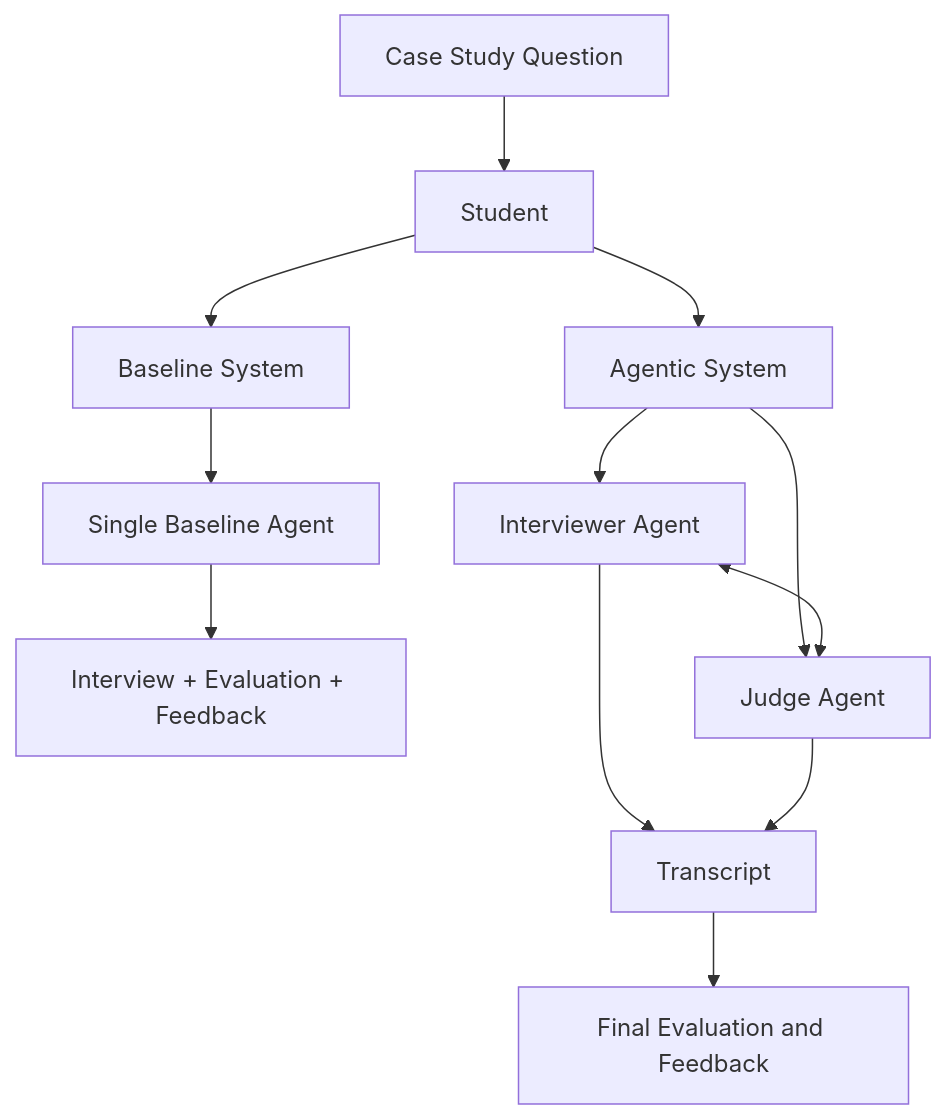
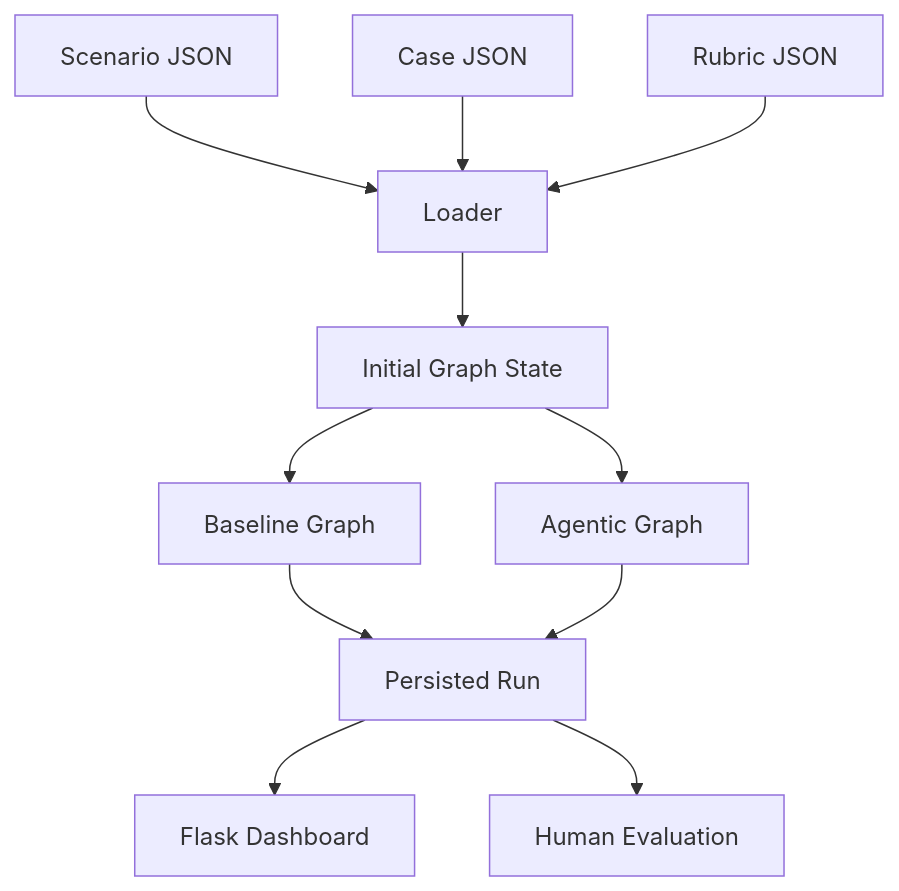
The first of 3 diagrams in doc/summary_arch.md (PPerezdeMadrid/agentic-case-interview-coach), drawn with Mermaid before and after one commit. The commit also changed other lines of this file and 30 other files, not shown here.

````diff
--- a/doc/summary_arch.md
+++ b/doc/summary_arch.md
@@ -35,17 +41,17 @@
 ```mermaid
 flowchart TD
-    A[Case Study Question] --> B[Student]
+    A[Scenario JSON] --> D[Loader]
+    B[Case JSON] --> D
+    C[Rubric JSON] --> D
 
-    B --> C1[Baseline System]
-    B --> C2[Agentic System]
+    D --> E[Initial Graph State]
 
-    C1 --> D1[Single Baseline Agent]
-    D1 --> E1[Interview + Evaluation + Feedback]
+    E --> F1[Baseline Graph]
+    E --> F2[Agentic Graph]
 
-    C2 --> D2[Interviewer Agent]
-    C2 --> D3[Judge Agent]
-    D2 <--> D3
-    D2 --> E2[Transcript]
-    D3 --> E2
-    E2 --> F2[Final Evaluation and Feedback]
+    F1 --> G[Persisted Run]
+    F2 --> G
+
+    G --> H[Flask Dashboard]
+    G --> I[Human Evaluation]
 ```
````
